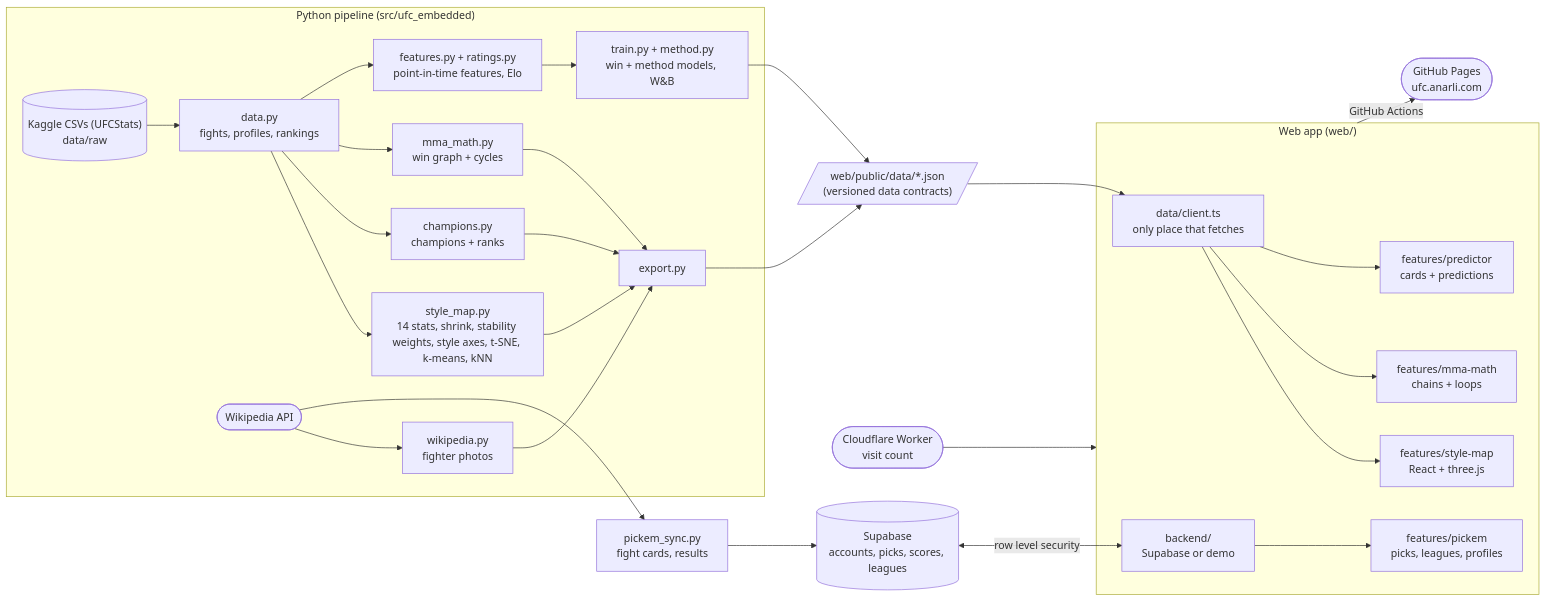
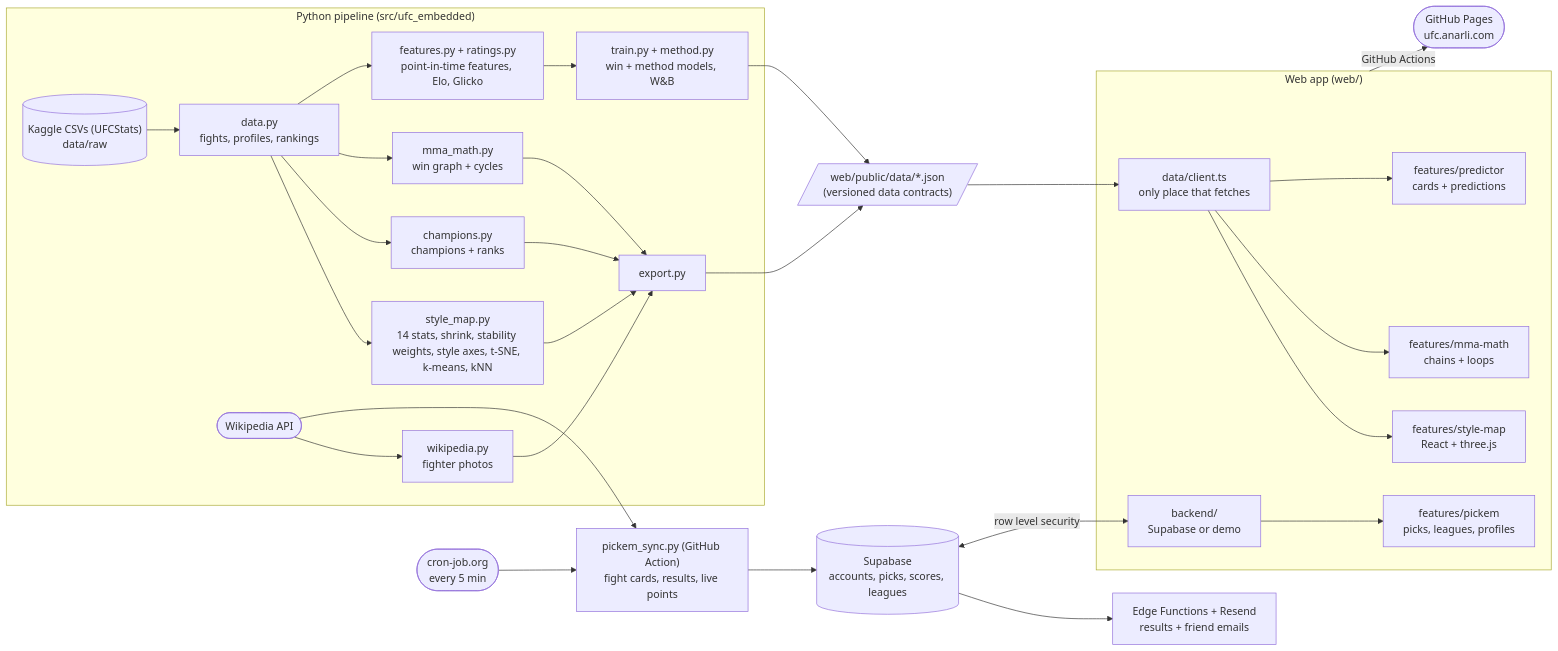
One commit to abbasly/ufc_embedded changed the diagram in README.md. Above: the diagram before and after it, drawn with Mermaid. The commit also changed other lines of this file, not shown here.

Commit message:
docs: back to the detailed architecture diagram

````diff
--- a/README.md
+++ b/README.md
@@ -211,34 +107,34 @@
 ```mermaid
 flowchart LR
     subgraph py["Python pipeline (src/ufc_embedded)"]
         raw[("Kaggle CSVs (UFCStats)<br/>data/raw")] --> data["data.py<br/>fights, profiles, rankings"]
         data --> sm["style_map.py<br/>14 stats, shrink, stability weights, style axes, t-SNE, k-means, kNN"]
         data --> champs["champions.py<br/>champions + ranks"]
         wiki(["Wikipedia API"]) --> photos["wikipedia.py<br/>fighter photos"]
         data --> mma["mma_math.py<br/>win graph + cycles"]
-        data --> pit["features.py + ratings.py<br/>point-in-time features, Elo"]
+        data --> pit["features.py + ratings.py<br/>point-in-time features, Elo, Glicko"]
         pit --> train["train.py + method.py<br/>win + method models, W&B"]
         sm --> export["export.py"]
         champs --> export
         photos --> export
         mma --> export
     end
 
     train --> json
-
     export --> json[/"web/public/data/*.json<br/>(versioned data contracts)"/]
 
     subgraph web["Web app (web/)"]
         client["data/client.ts<br/>only place that fetches"] --> feat["features/style-map<br/>React + three.js"]
         client --> mmaui["features/mma-math<br/>chains + loops"]
         client --> predui["features/predictor<br/>cards + predictions"]
         backend["backend/<br/>Supabase or demo"] --> pickui["features/pickem<br/>picks, leagues, profiles"]
     end
 
     json --> client
     web -->|"GitHub Actions"| pages(["GitHub Pages<br/>ufc.anarli.com"])
-    worker(["Cloudflare Worker<br/>visit count"]) --> web
-    wiki --> sync["pickem_sync.py<br/>fight cards, results"]
+    cron(["cron-job.org<br/>every 5 min"]) --> sync["pickem_sync.py (GitHub Action)<br/>fight cards, results, live points"]
+    wiki --> sync
     sync --> supa[("Supabase<br/>accounts, picks, scores, leagues")]
+    supa --> mail["Edge Functions + Resend<br/>results + friend emails"]
     supa <-->|"row level security"| backend
 ```
````
